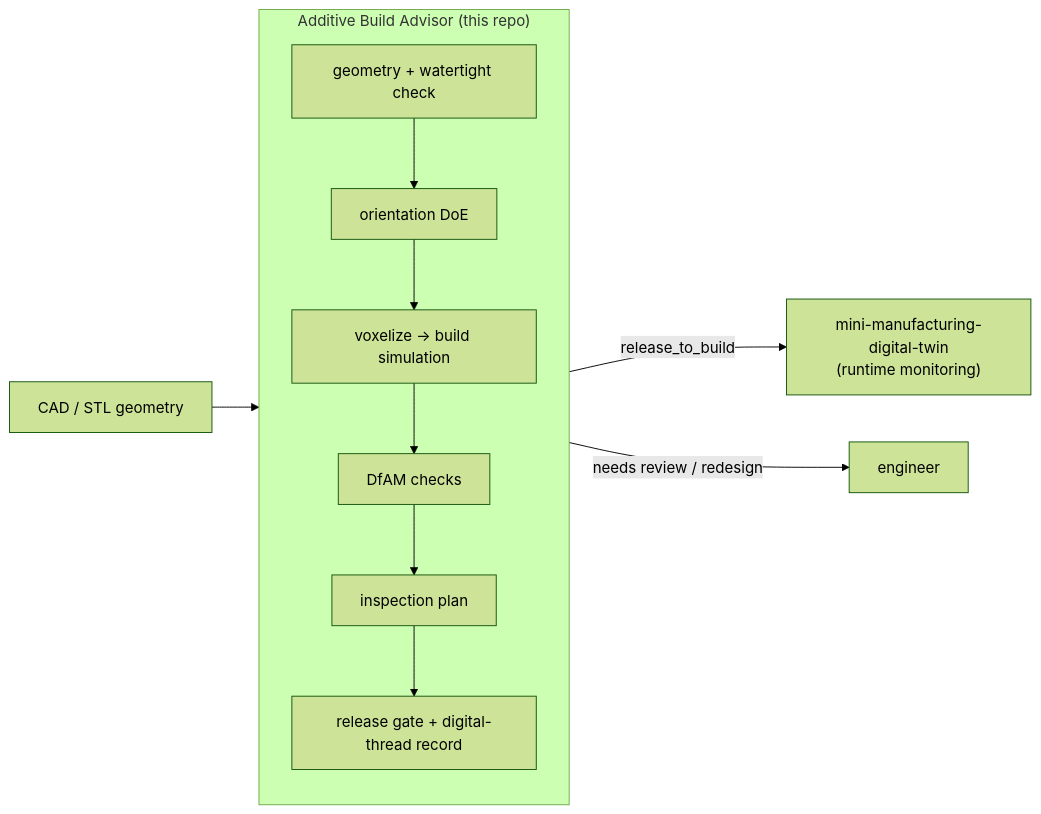
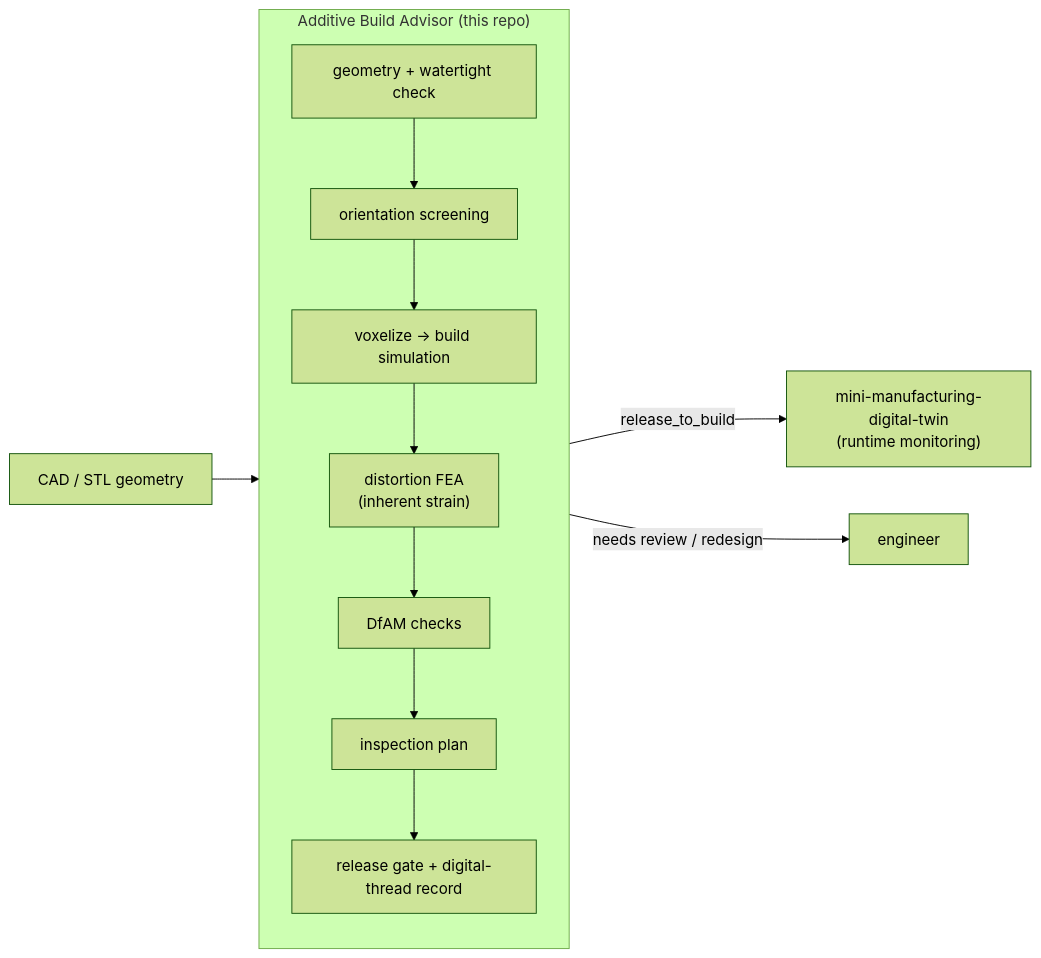
Before and after one commit to Seymurhh/additive-build-advisor: the diagram in README.md, drawn with Mermaid (forest theme). The commit also changed other lines of this file and 20 other files, not shown here.

First line of the commit message:
Add inherent-strain distortion FEA; fix orientation to rest-on-face

````diff
--- a/README.md
+++ b/README.md
@@ -45,14 +50,15 @@
 ```mermaid
 flowchart LR
     CAD["CAD / STL geometry"] --> ABA
     subgraph ABA["Additive Build Advisor (this repo)"]
       direction TB
-      G["geometry + watertight check"] --> O["orientation DoE"]
+      G["geometry + watertight check"] --> O["orientation screening"]
       O --> V["voxelize → build simulation"]
-      V --> D["DfAM checks"]
+      V --> F["distortion FEA\n(inherent strain)"]
+      F --> D["DfAM checks"]
       D --> I["inspection plan"]
       I --> R["release gate + digital-thread record"]
     end
     R -->|release_to_build| TWIN["mini-manufacturing-digital-twin\n(runtime monitoring)"]
     R -->|needs review / redesign| HUMAN["engineer"]
 ```
````
